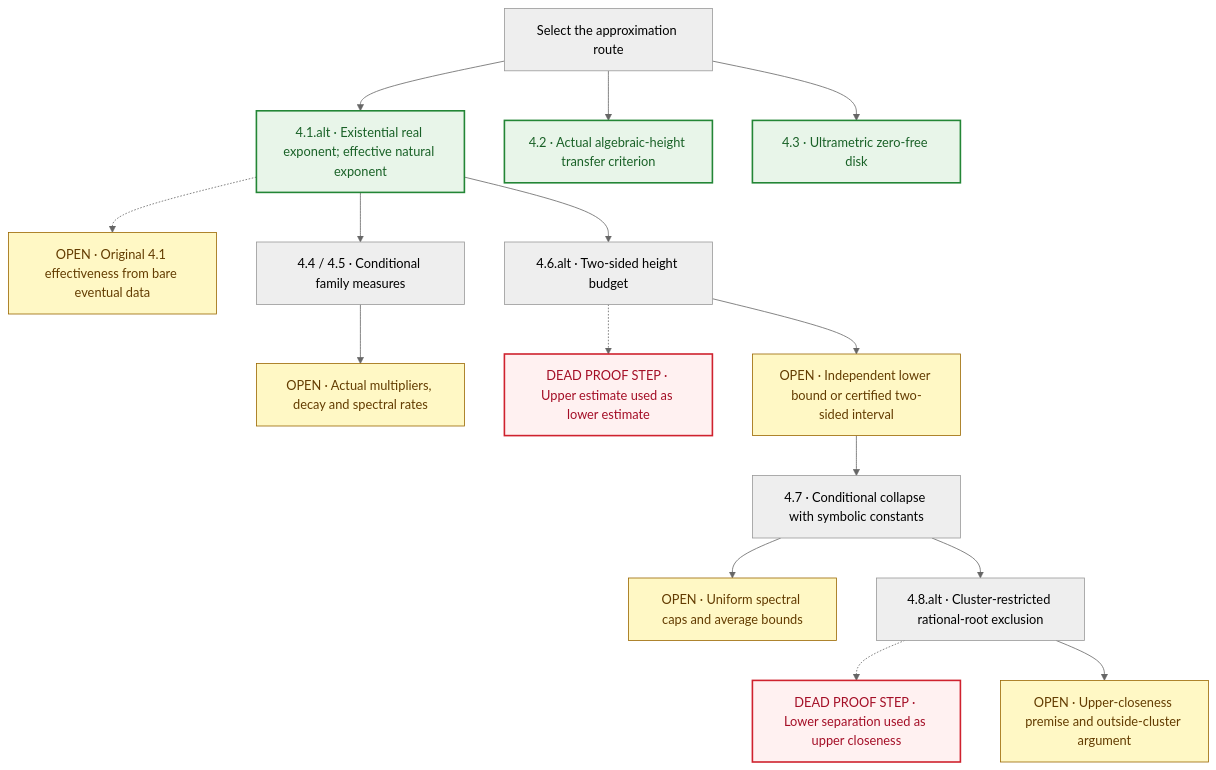
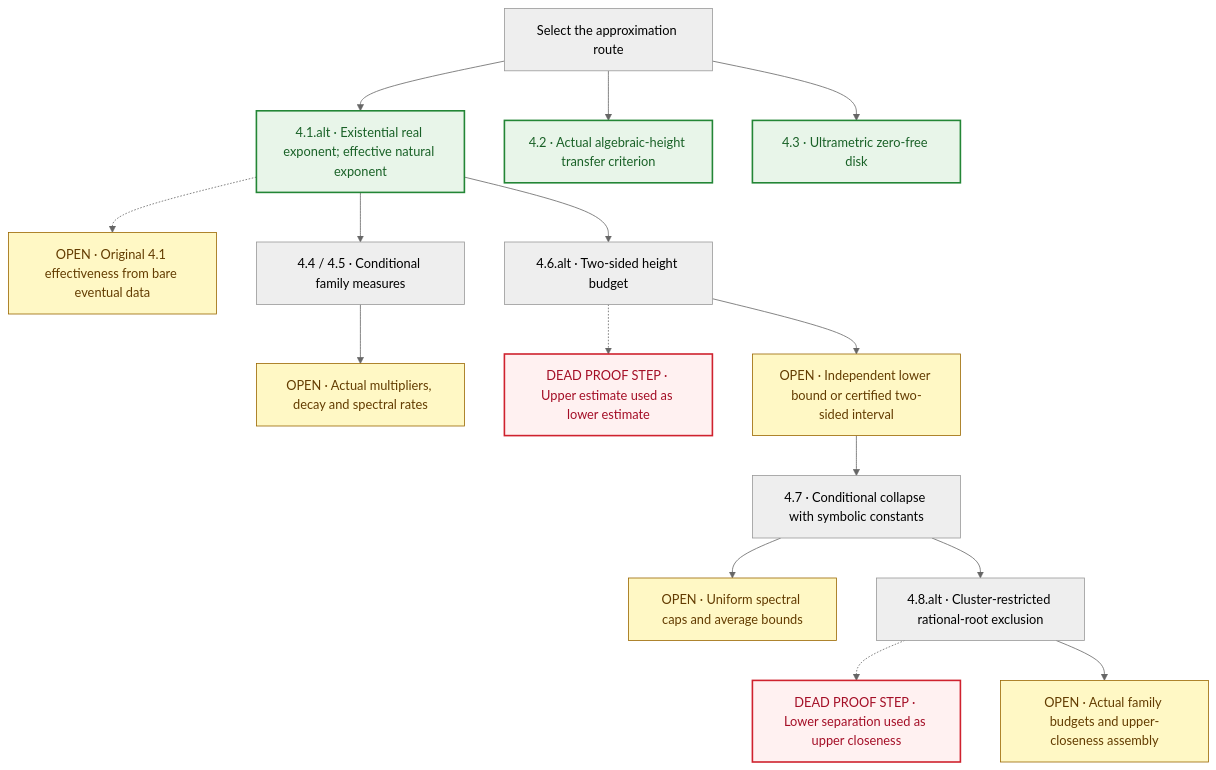
Before and after one commit to randogelist/zetahyperbolic-axiom: the seventh of 10 diagrams in README.md, drawn with Mermaid (neutral theme).

Commit message:
Clarify the remaining obligations of the restricted 4.8 alternative

````diff
--- a/README.md
+++ b/README.md
@@ -313,40 +313,40 @@
 ```mermaid
 flowchart TD
     START["Select the approximation route"]
     T41["4.1.alt · Existential real exponent; effective natural exponent"]
     T42["4.2 · Actual algebraic-height transfer criterion"]
     T43["4.3 · Ultrametric zero-free disk"]
     O41["OPEN · Original 4.1 effectiveness from bare eventual data"]
     FAMILY["4.4 / 4.5 · Conditional family measures"]
     OFAMILY["OPEN · Actual multipliers, decay and spectral rates"]
     T46["4.6.alt · Two-sided height budget"]
     D46["DEAD PROOF STEP · Upper estimate used as lower estimate"]
     O46["OPEN · Independent lower bound or certified two-sided interval"]
     T47["4.7 · Conditional collapse with symbolic constants"]
     O47["OPEN · Uniform spectral caps and average bounds"]
     T48["4.8.alt · Cluster-restricted rational-root exclusion"]
     D48["DEAD PROOF STEP · Lower separation used as upper closeness"]
-    O48["OPEN · Upper-closeness premise and outside-cluster argument"]
+    O48["OPEN · Actual family budgets and upper-closeness assembly"]
 
     START --> T41
     START --> T42
     START --> T43
     T41 -.-> O41
     T41 --> FAMILY
     FAMILY --> OFAMILY
     T41 --> T46
     T46 -.-> D46
     T46 --> O46
     O46 --> T47
     T47 --> O47
     T47 --> T48
     T48 -.-> D48
     T48 --> O48
 
     classDef verified fill:#e8f5e9,stroke:#238636,color:#196127,stroke-width:2px;
     classDef dead fill:#fff1f1,stroke:#cf222e,color:#a40e26,stroke-width:2px;
     classDef open fill:#fff8c5,stroke:#9a6700,color:#633c01;
     class T41,T42,T43 verified;
     class D46,D48 dead;
     class O41,OFAMILY,O46,O47,O48 open;
 ```
````
